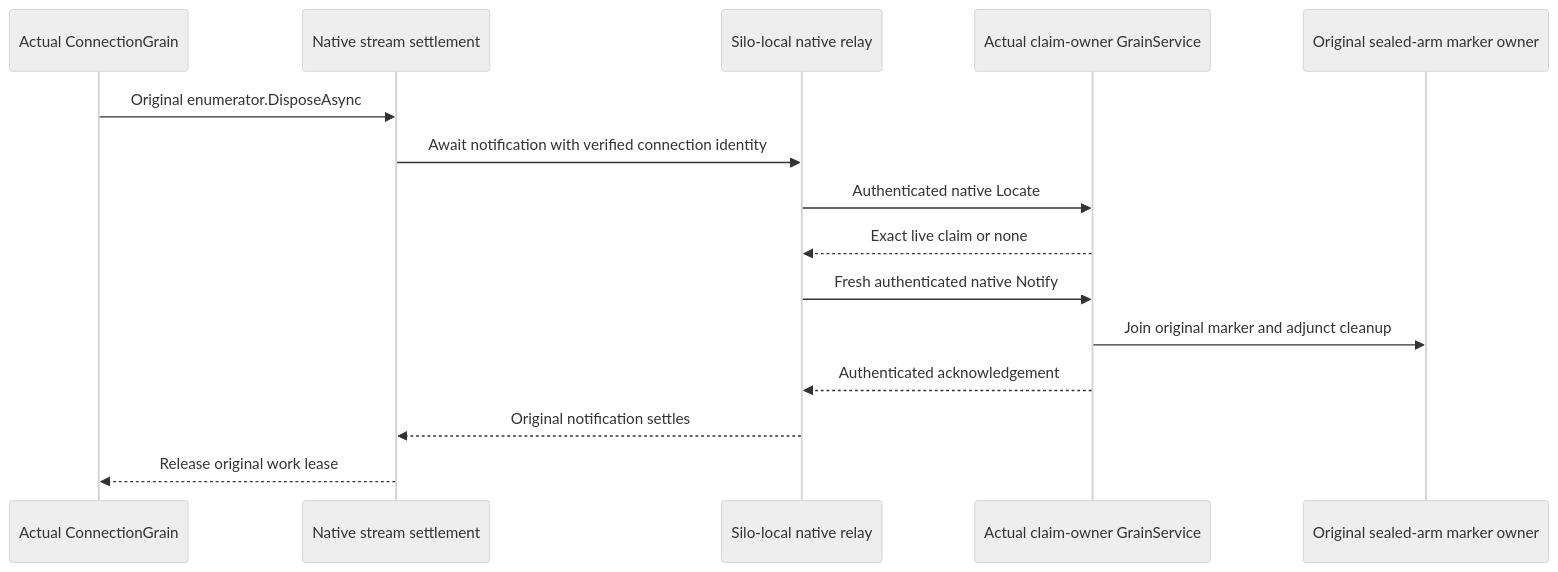
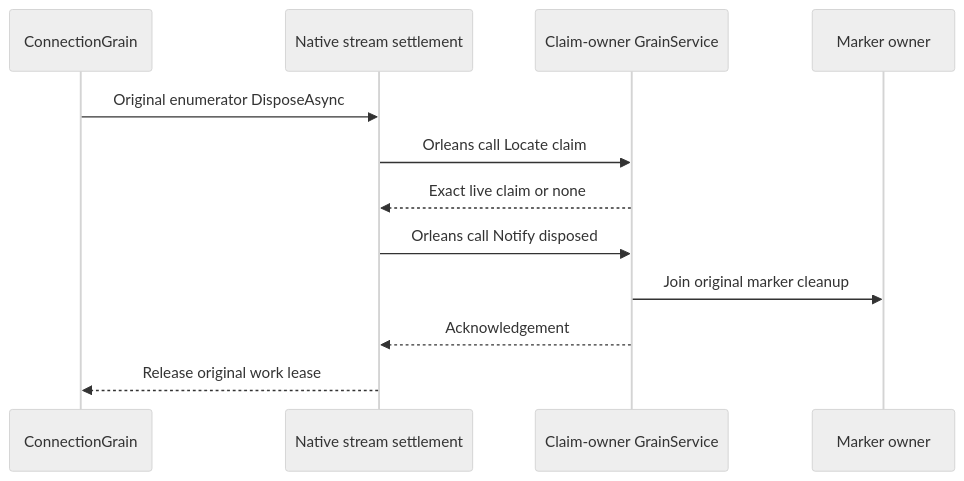
Before and after one commit to managedcode/KeyLoad: the diagram in docs/Features/ClusterRouting/NativeProducerDisposal.md, drawn with Mermaid (neutral theme). The commit also changed other lines of this file and 7356 other files, not shown here.

First line of the commit message:
Replace custom consensus with native Orleans storage services

````diff
--- a/docs/Features/ClusterRouting/NativeProducerDisposal.md
+++ b/docs/Features/ClusterRouting/NativeProducerDisposal.md
@@ -7,17 +7,14 @@
 ```mermaid
 sequenceDiagram
-    participant C as Actual ConnectionGrain
+    participant C as ConnectionGrain
     participant S as Native stream settlement
-    participant R as Silo-local native relay
-    participant O as Actual claim-owner GrainService
-    participant F as Original sealed-arm marker owner
-    C->>S: Original enumerator.DisposeAsync
-    S->>R: Await notification with verified connection identity
-    R->>O: Authenticated native Locate
-    O-->>R: Exact live claim or none
-    R->>O: Fresh authenticated native Notify
-    O->>F: Join original marker and adjunct cleanup
-    O-->>R: Authenticated acknowledgement
-    R-->>S: Original notification settles
+    participant O as Claim-owner GrainService
+    participant F as Marker owner
+    C->>S: Original enumerator DisposeAsync
+    S->>O: Orleans call Locate claim
+    O-->>S: Exact live claim or none
+    S->>O: Orleans call Notify disposed
+    O->>F: Join original marker cleanup
+    O-->>S: Acknowledgement
     S-->>C: Release original work lease
 ```
````
